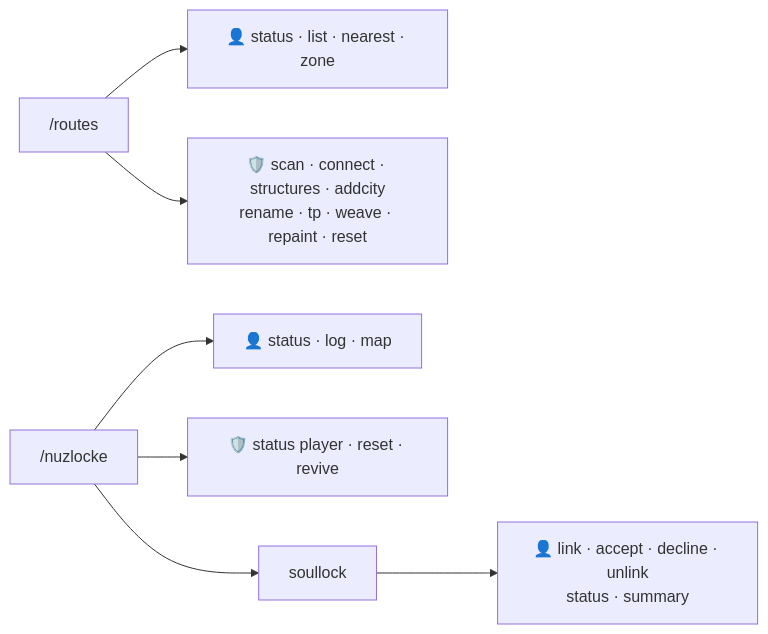
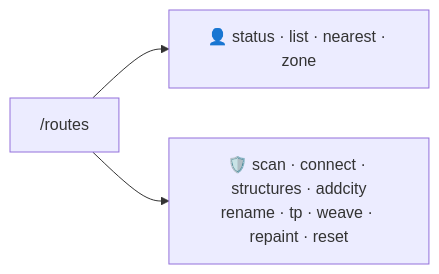
Before and after one commit to manucruzleiva/mod-wiki: the diagram in docs/routes/commands.md, drawn with Mermaid. The commit also changed other lines of this file and 6 other files, not shown here.

````diff
--- a/docs/routes/commands.md
+++ b/docs/routes/commands.md
@@ -6,9 +10,5 @@
 ```mermaid
 flowchart LR
     R["/routes"] --> RP[👤 status · list · nearest · zone]
     R --> RO[🛡️ scan · connect · structures · addcity<br/>rename · tp · weave · repaint · reset]
-    N["/nuzlocke"] --> NP[👤 status · log · map]
-    N --> NO[🛡️ status player · reset · revive]
-    N --> S[soullock]
-    S --> SP[👤 link · accept · decline · unlink<br/>status · summary]
 ```
````
